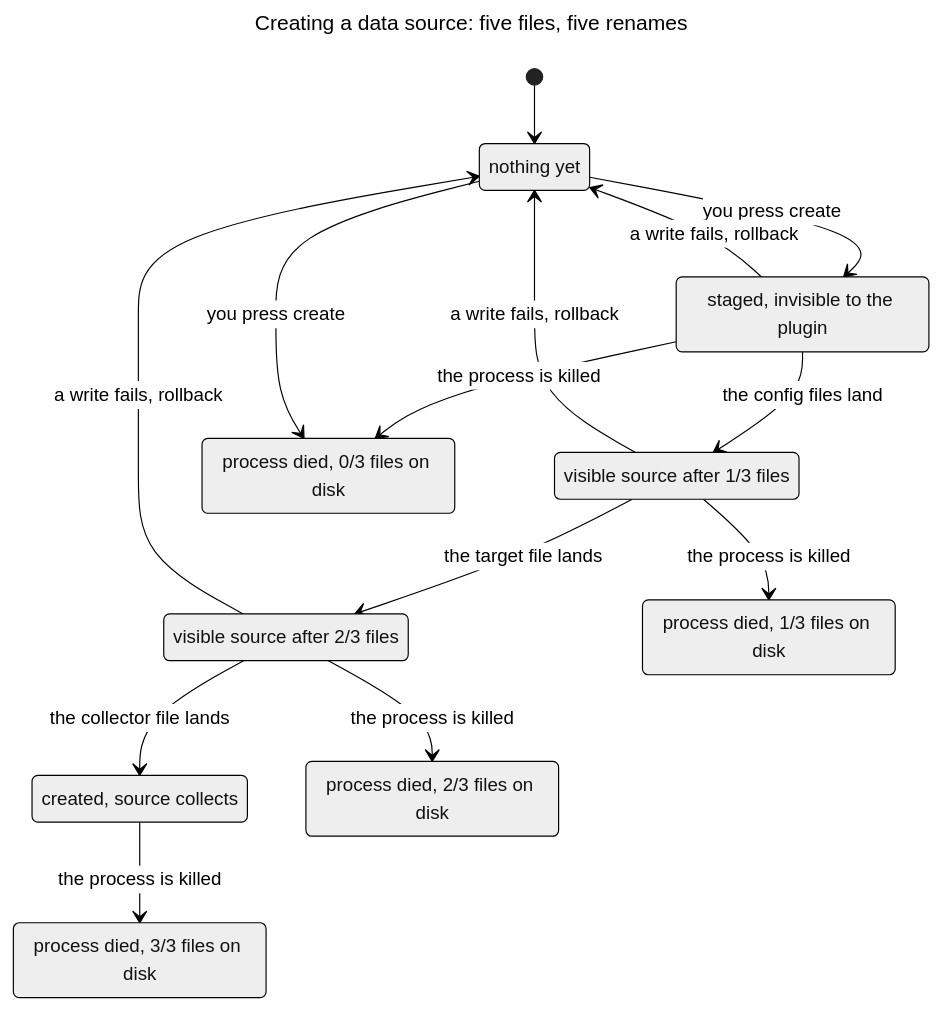
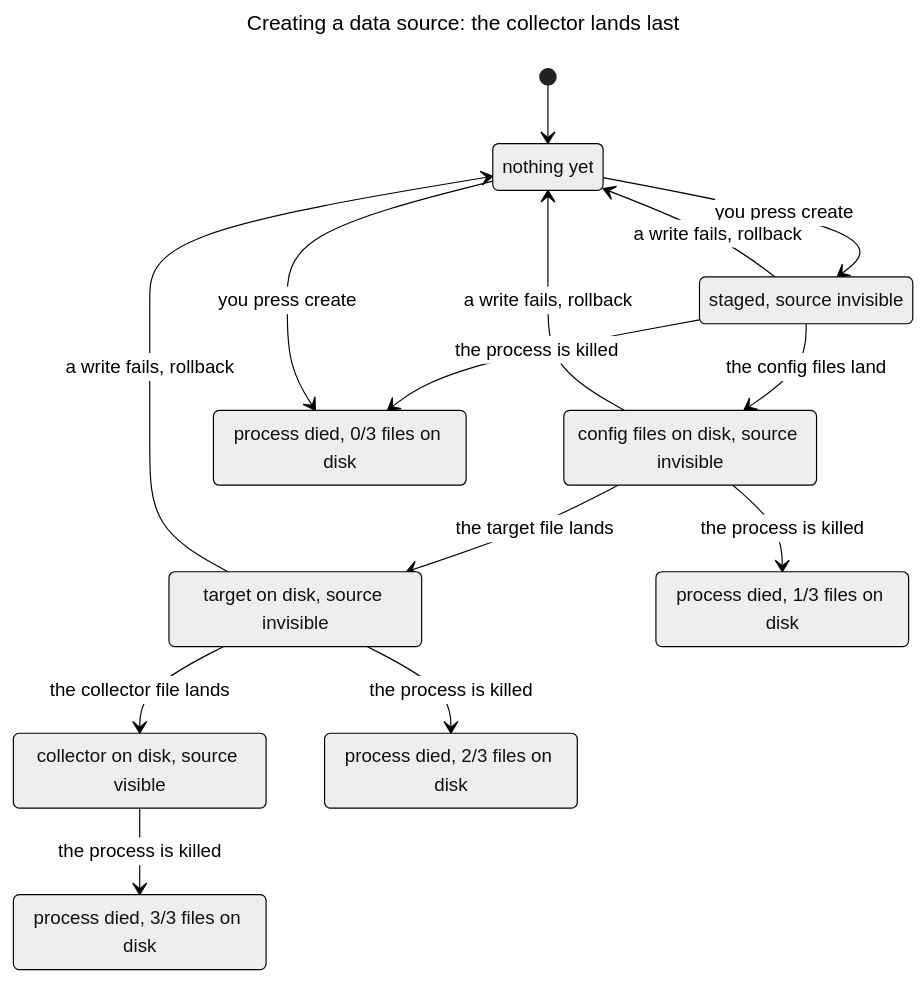
Before and after one commit to onesmash/dsh-reflex: the diagram in docs/verification/create-source/chart-fixed.mmd, drawn with Mermaid (neutral theme). The commit also changed 53 other files, not shown here.

First line of the commit message:
fix(verify): 审计 N1–N10 闭环——登记表中断/等级词汇/证据硬告警、图对表与重画、运行残留出库

```diff
--- a/docs/verification/create-source/chart-fixed.mmd
+++ b/docs/verification/create-source/chart-fixed.mmd
@@ -1,26 +1,26 @@
 ---
-title: "Creating a data source: five files, five renames"
+title: "Creating a data source: the collector lands last"
 ---
 stateDiagram-v2
   s0: nothing yet
-  s1: staged, invisible to the plugin
-  s2: visible source after 1/3 files
+  s1: staged, source invisible
+  s2: config files on disk, source invisible
   s3: process died, 0/3 files on disk
-  s4: visible source after 2/3 files
+  s4: target on disk, source invisible
   s5: process died, 1/3 files on disk
-  s6: created, source collects
+  s6: collector on disk, source visible
   s7: process died, 2/3 files on disk
   s8: process died, 3/3 files on disk
   [*] --> s0
   s0 --> s1: you press create
   s1 --> s0: a write fails, rollback
   s1 --> s2: the config files land
   s1 --> s3: the process is killed
   s0 --> s3: you press create
   s2 --> s0: a write fails, rollback
   s2 --> s4: the target file lands
   s2 --> s5: the process is killed
   s4 --> s0: a write fails, rollback
   s4 --> s6: the collector file lands
   s4 --> s7: the process is killed
   s6 --> s8: the process is killed
```
